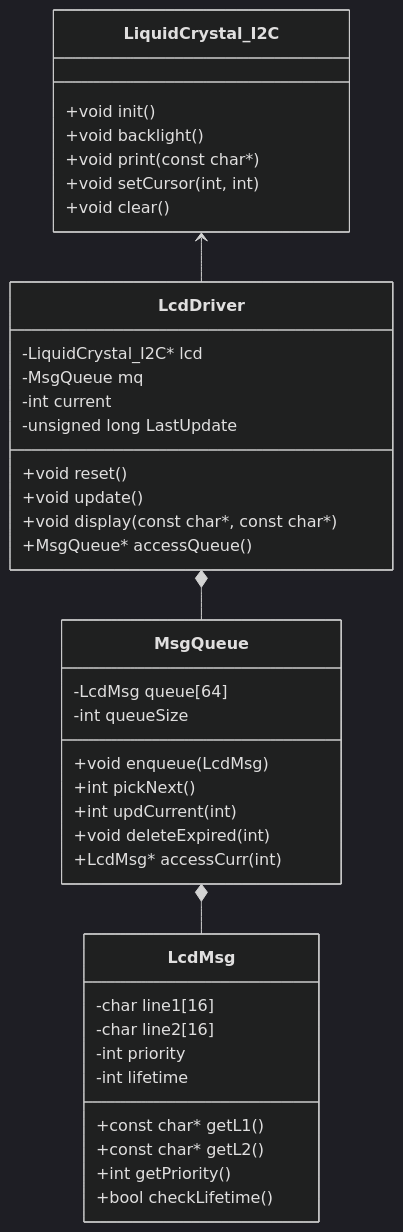
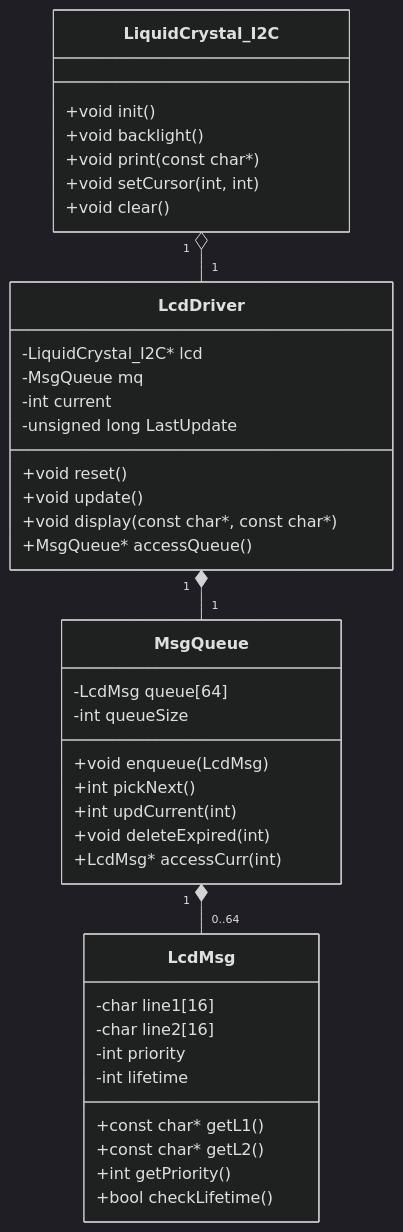
One commit to prenaissance/pbl_iot_team6 changed the diagram in diagrams/UML/lcd_classes.mermaid. Above: the diagram before and after it, drawn with Mermaid (dark theme).

```diff
--- a/diagrams/UML/lcd_classes.mermaid
+++ b/diagrams/UML/lcd_classes.mermaid
@@ -1,48 +1,48 @@
 classDiagram
 
-MsgQueue *-- LcdMsg
-LcdDriver *-- MsgQueue
-LiquidCrystal_I2C <-- LcdDriver
+MsgQueue "1" *-- "0..64" LcdMsg
+LcdDriver "1" *-- "1" MsgQueue
+LiquidCrystal_I2C "1" o-- "1" LcdDriver
 
 class LcdMsg {
     -char line1[16]
     -char line2[16]
     -int priority
     -int lifetime
 
     +const char* getL1()
     +const char* getL2()
     +int getPriority()
     +bool checkLifetime()
 }
 
 class MsgQueue {
     -LcdMsg queue[64]
     -int queueSize
 
     +void enqueue(LcdMsg)
     +int pickNext()
     +int updCurrent(int)
     +void deleteExpired(int)
     +LcdMsg* accessCurr(int) 
 }
 
 class LiquidCrystal_I2C {
     +void init()
     +void backlight()
     +void print(const char*)
     +void setCursor(int, int)
     +void clear()
 }
 
 class LcdDriver {
     -LiquidCrystal_I2C* lcd
     -MsgQueue mq
     -int current
     -unsigned long LastUpdate
 
     +void reset()
     +void update()
     +void display(const char*, const char*)
     +MsgQueue* accessQueue()
 }
```
